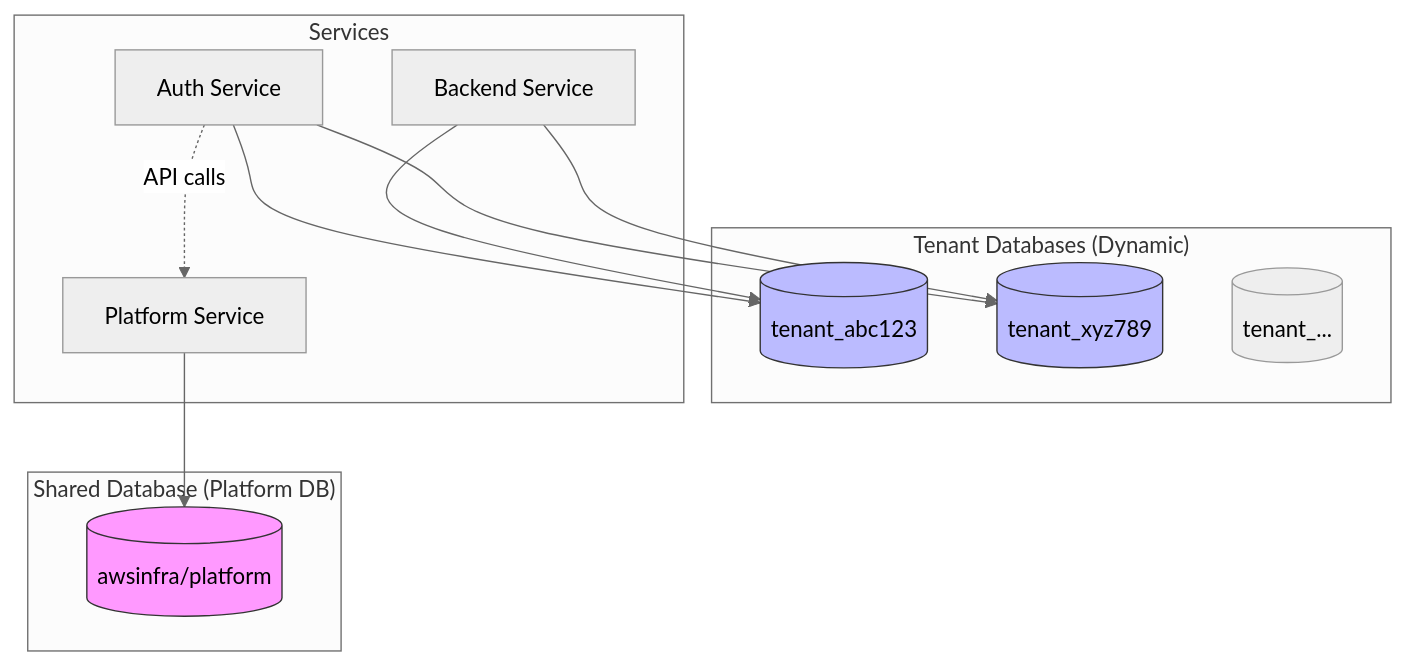
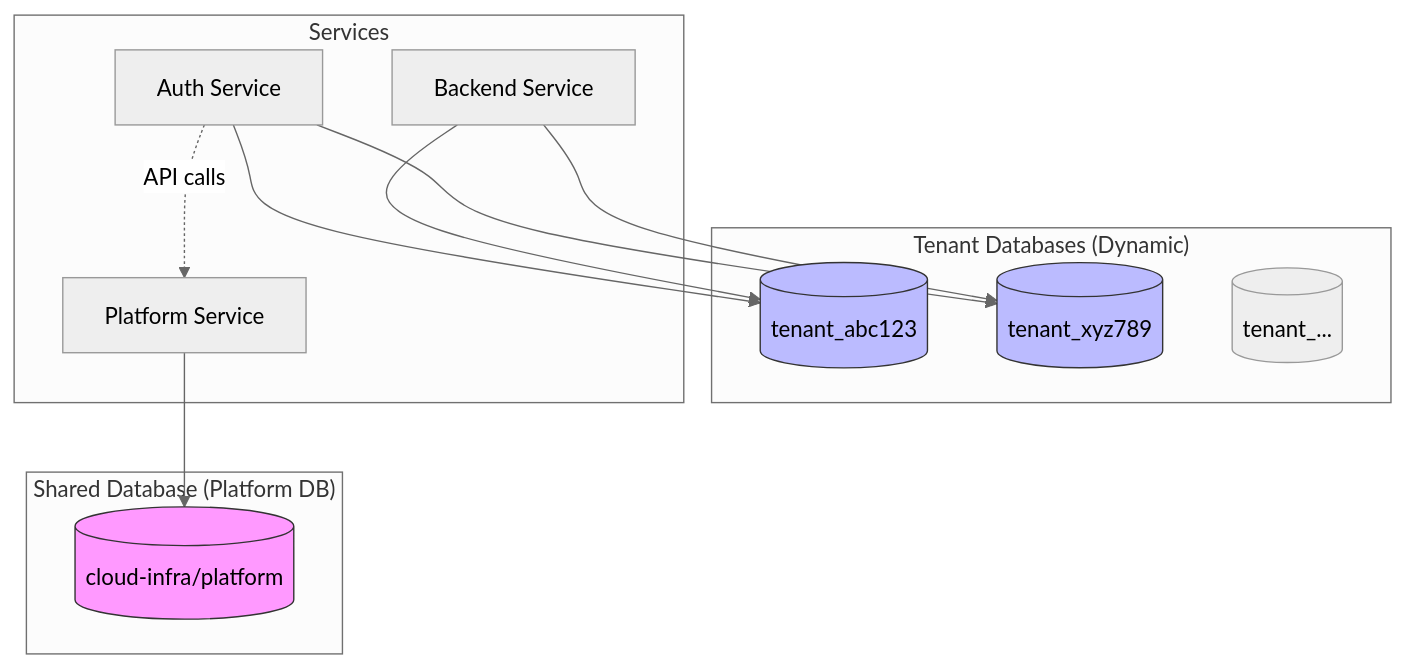
The first of 3 diagrams in docs/DATABASE_SCHEMA.md (pawanraocse/aws-infra), drawn with Mermaid (neutral theme) before and after one commit. The commit also changed other lines of this file and 40 other files, not shown here.

Commit message:
Update configuration and database references: change datasource URLs from 'awsinfra' to 'cloud-infra', update Docker Compose network names, and modify related scripts for consistency

````diff
--- a/docs/DATABASE_SCHEMA.md
+++ b/docs/DATABASE_SCHEMA.md
@@ -10,29 +10,29 @@
 ```mermaid
 graph TB
     subgraph "Shared Database (Platform DB)"
-        P[(awsinfra/platform)]
+        P[(cloud-infra/platform)]
     end
     
     subgraph "Tenant Databases (Dynamic)"
         T1[(tenant_abc123)]
         T2[(tenant_xyz789)]
         T3[(tenant_...)]
     end
     
     subgraph "Services"
         PS[Platform Service]
         AS[Auth Service]
         BS[Backend Service]
     end
     
     PS --> P
     AS -.->|"API calls"| PS
     AS --> T1
     AS --> T2
     BS --> T1
     BS --> T2
     
     style P fill:#f9f,stroke:#333
     style T1 fill:#bbf,stroke:#333
     style T2 fill:#bbf,stroke:#333
 ```
````
